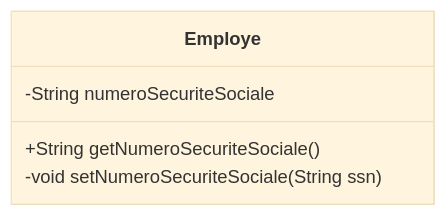
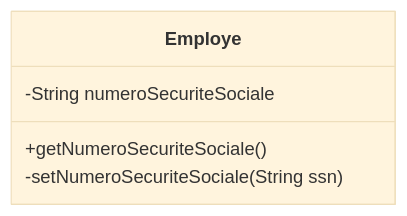
Before and after one commit to Mohammedazri/-DevoTeam---Training-POO----Design-Pattern: the third of 5 diagrams in README.md, drawn with Mermaid (base theme). The commit also changed other lines of this file, not shown here.

````diff
--- a/README.md
+++ b/README.md
@@ -104,8 +105,8 @@
 ```mermaid
 classDiagram
     class Employe{
         -String numeroSecuriteSociale
-        +String getNumeroSecuriteSociale()
-        -void setNumeroSecuriteSociale(String ssn)
+        +getNumeroSecuriteSociale()
+        -setNumeroSecuriteSociale(String ssn)
     }
 ```
````
